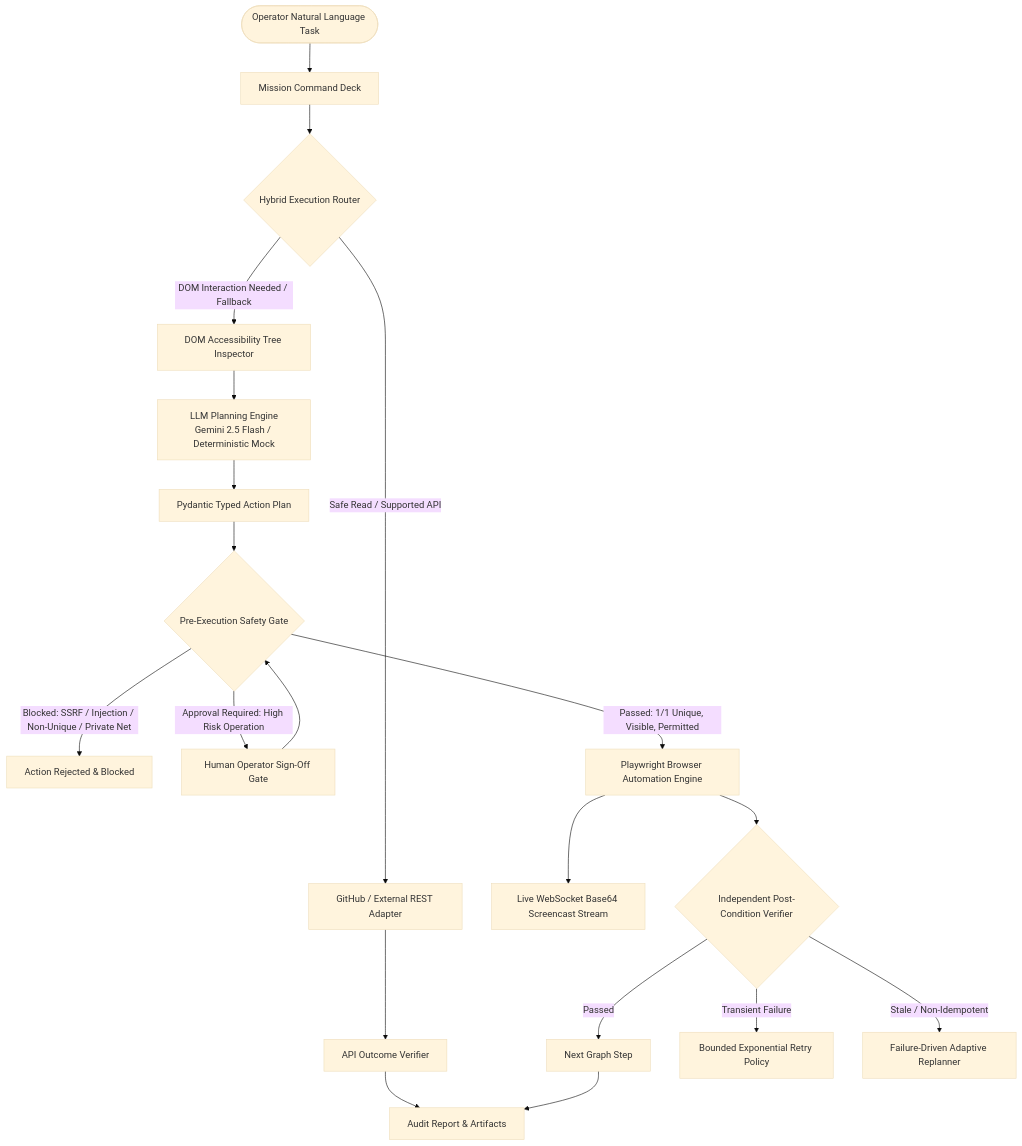
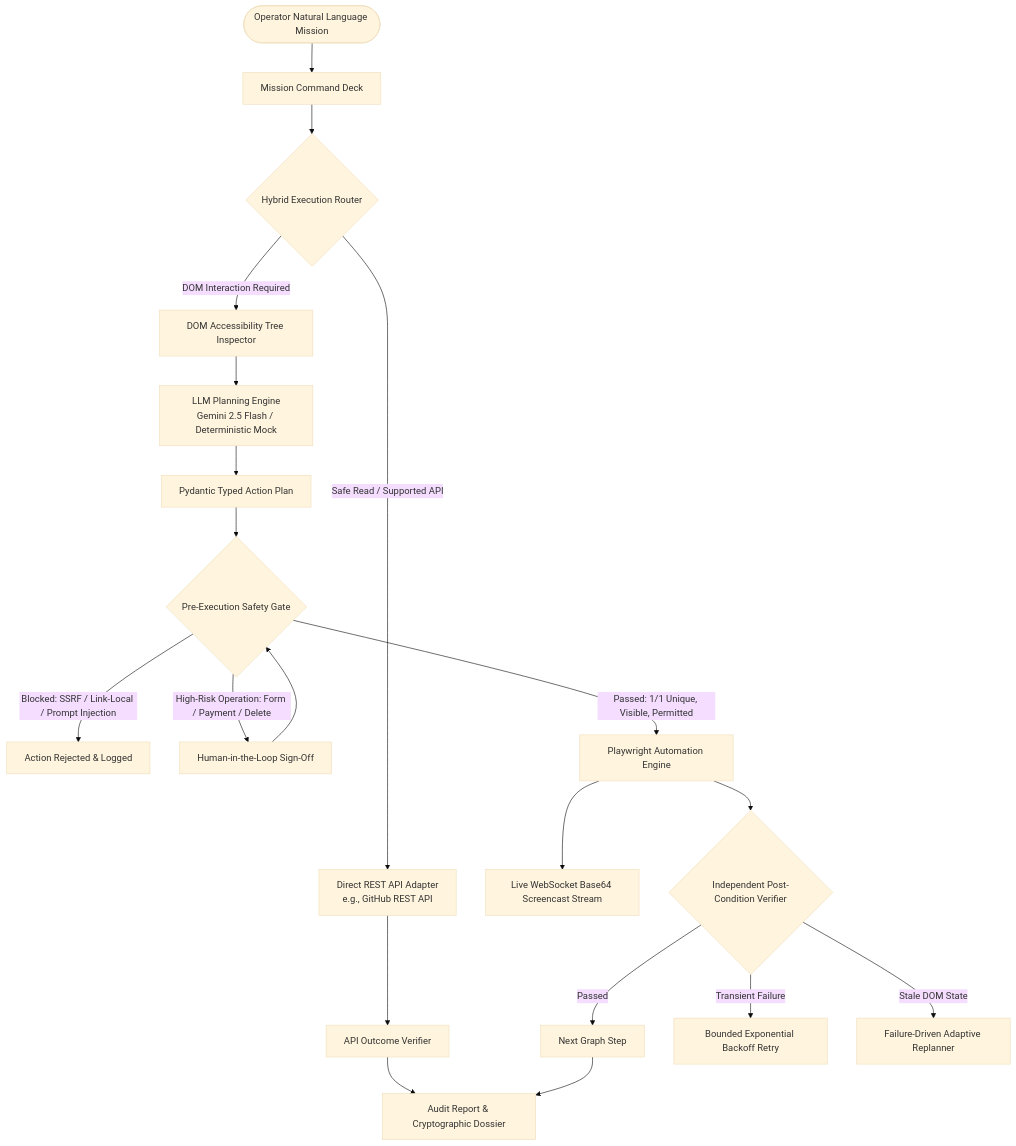
The diagram in README.md (Tensai-Kartik/Vector), drawn with Mermaid (base theme) before and after one commit. The commit also changed other lines of this file and 10 other files, not shown here.

````diff
--- a/README.md
+++ b/README.md
@@ -39,30 +40,30 @@
 ```mermaid
 flowchart TD
-    User([Operator Natural Language Task]) --> Deck[Mission Command Deck]
+    User([Operator Natural Language Mission]) --> Deck[Mission Command Deck]
     Deck --> Router{Hybrid Execution Router}
     
-    %% API-First Path
-    Router -->|Safe Read / Supported API| APIAdapter[GitHub / External REST Adapter]
+    %% API-First Fast Path
+    Router -->|Safe Read / Supported API| APIAdapter[Direct REST API Adapter\ne.g., GitHub REST API]
     APIAdapter --> APIVerify[API Outcome Verifier]
-    APIVerify --> Dossier[Audit Report & Artifacts]
+    APIVerify --> Dossier[Audit Report & Cryptographic Dossier]
     
     %% Browser Automation Path
-    Router -->|DOM Interaction Needed / Fallback| Inspect[DOM Accessibility Tree Inspector]
+    Router -->|DOM Interaction Required| Inspect[DOM Accessibility Tree Inspector]
     Inspect --> Planner[LLM Planning Engine\nGemini 2.5 Flash / Deterministic Mock]
     Planner --> Schema[Pydantic Typed Action Plan]
     
     Schema --> Gate{Pre-Execution Safety Gate}
-    Gate -->|Blocked: SSRF / Injection / Non-Unique / Private Net| Reject[Action Rejected & Blocked]
-    Gate -->|Approval Required: High Risk Operation| OperatorPrompt[Human Operator Sign-Off Gate]
+    Gate -->|Blocked: SSRF / Link-Local / Prompt Injection| Reject[Action Rejected & Logged]
+    Gate -->|High-Risk Operation: Form / Payment / Delete| OperatorPrompt[Human-in-the-Loop Sign-Off]
     OperatorPrompt --> Gate
     
-    Gate -->|Passed: 1/1 Unique, Visible, Permitted| Executor[Playwright Browser Automation Engine]
+    Gate -->|Passed: 1/1 Unique, Visible, Permitted| Executor[Playwright Automation Engine]
     Executor --> Screencast[Live WebSocket Base64 Screencast Stream]
     Executor --> Verify{Independent Post-Condition Verifier}
     
     Verify -->|Passed| NextStep[Next Graph Step]
-    Verify -->|Transient Failure| Recovery[Bounded Exponential Retry Policy]
-    Verify -->|Stale / Non-Idempotent| Replan[Failure-Driven Adaptive Replanner]
+    Verify -->|Transient Failure| Recovery[Bounded Exponential Backoff Retry]
+    Verify -->|Stale DOM State| Replan[Failure-Driven Adaptive Replanner]
     
     NextStep --> Dossier
 ```
````
